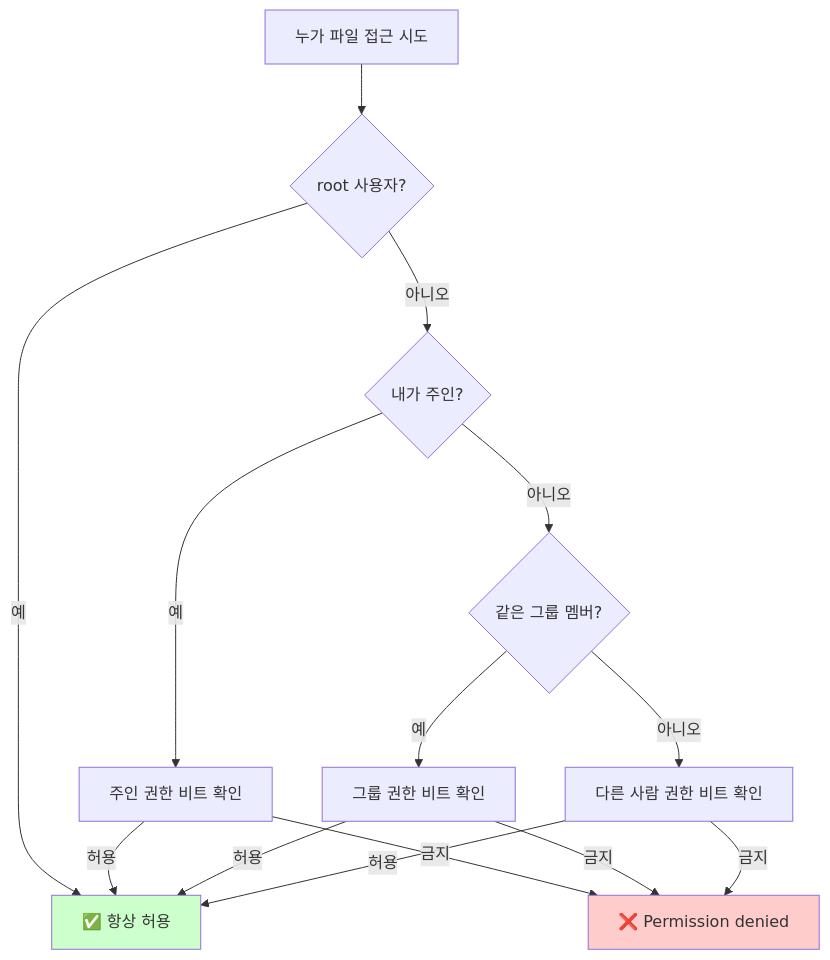
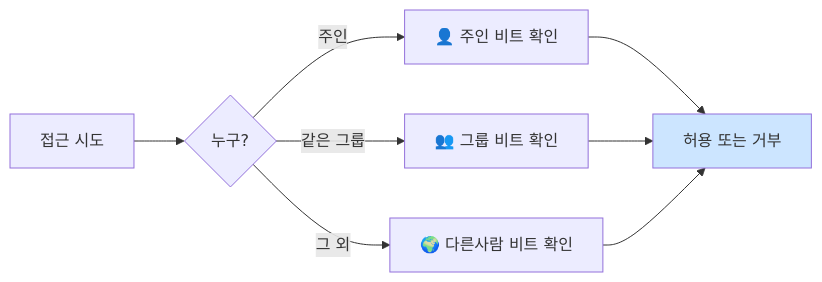
Before and after one commit to codewhite7777/codyssey_notes: the third of 3 diagrams in codyssey_b1_1_study/file-permissions.md, drawn with Mermaid. The commit also changed other lines of this file and 1 other file, not shown here.

````diff
--- a/codyssey_b1_1_study/file-permissions.md
+++ b/codyssey_b1_1_study/file-permissions.md
@@ -226,19 +222,12 @@
 ```mermaid
-flowchart TD
-    A[누가 파일 접근 시도] --> B{root 사용자?}
-    B -->|예| OK[✅ 항상 허용]
-    B -->|아니오| C{내가 주인?}
-    C -->|예| D[주인 권한 비트 확인]
-    D -->|허용| OK
-    D -->|금지| NO[❌ Permission denied]
-    C -->|아니오| E{같은 그룹 멤버?}
-    E -->|예| F[그룹 권한 비트 확인]
-    F -->|허용| OK
-    F -->|금지| NO
-    E -->|아니오| G[다른 사람 권한 비트 확인]
-    G -->|허용| OK
-    G -->|금지| NO
+flowchart LR
+    A[접근 시도] --> B{누구?}
+    B -->|주인| O[👤 주인 비트 확인]
+    B -->|같은 그룹| G[👥 그룹 비트 확인]
+    B -->|그 외| X[🌍 다른사람 비트 확인]
+    O --> R[허용 또는 거부]
+    G --> R
+    X --> R
 
-    style OK fill:#ccffcc
-    style NO fill:#ffcccc
+    style R fill:#cce5ff
 ```
````
